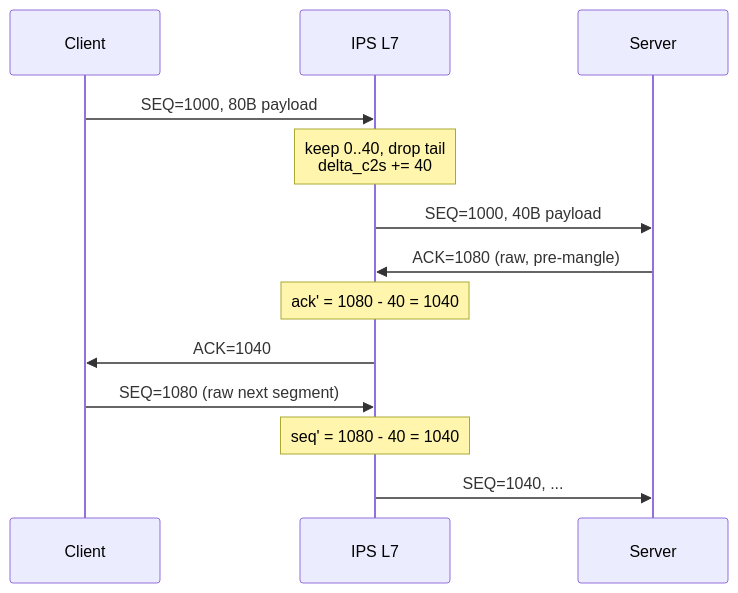
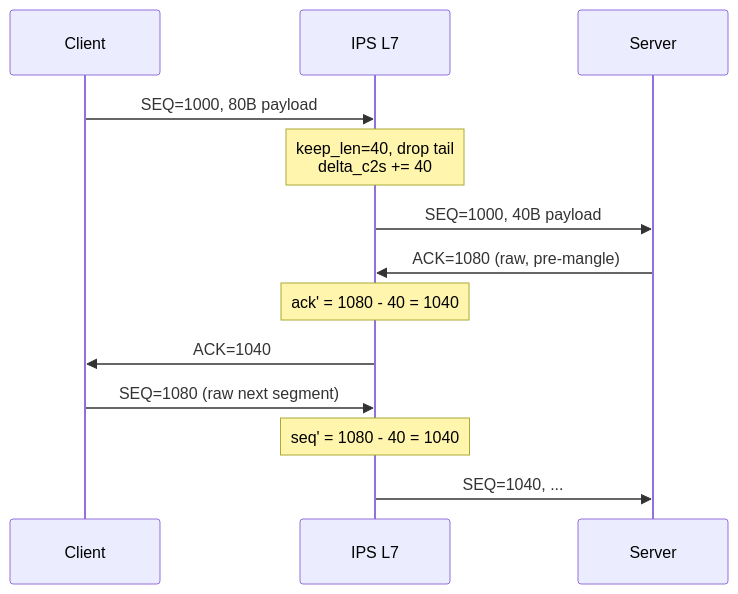
One commit to jblestang/AI-FUSCHIA changed the diagram in docs/superpowers/plans/2026-08-15-ips-tcp-parity-with-pr12-udp.md. Above: the diagram before and after it, drawn with Mermaid.

Commit message:
docs: minor plan fixes after no-injection constraint

````diff
--- a/docs/superpowers/plans/2026-08-15-ips-tcp-parity-with-pr12-udp.md
+++ b/docs/superpowers/plans/2026-08-15-ips-tcp-parity-with-pr12-udp.md
@@ -627,18 +627,18 @@
 ```mermaid
 sequenceDiagram
     participant C as Client
     participant IPS as IPS L7
     participant S as Server
 
     C->>IPS: SEQ=1000, 80B payload
-    Note over IPS: keep 0..40, drop tail<br/>delta_c2s += 40
+    Note over IPS: keep_len=40, drop tail<br/>delta_c2s += 40
     IPS->>S: SEQ=1000, 40B payload
 
     S->>IPS: ACK=1080 (raw, pre-mangle)
     Note over IPS: ack' = 1080 - 40 = 1040
     IPS->>C: ACK=1040
 
     C->>IPS: SEQ=1080 (raw next segment)
     Note over IPS: seq' = 1080 - 40 = 1040
     IPS->>S: SEQ=1040, ...
 ```
````
